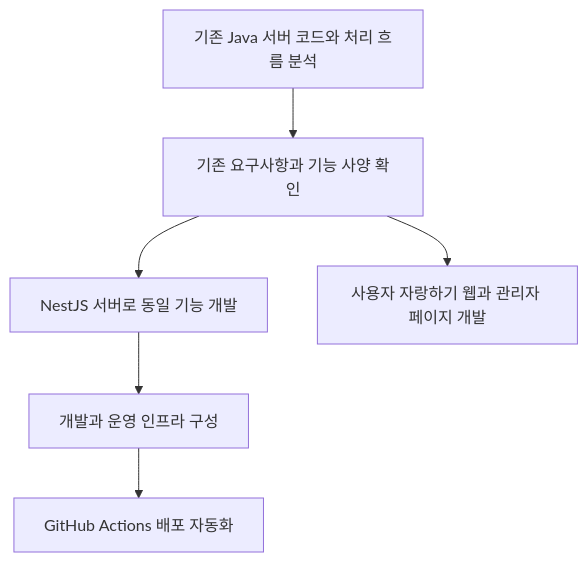
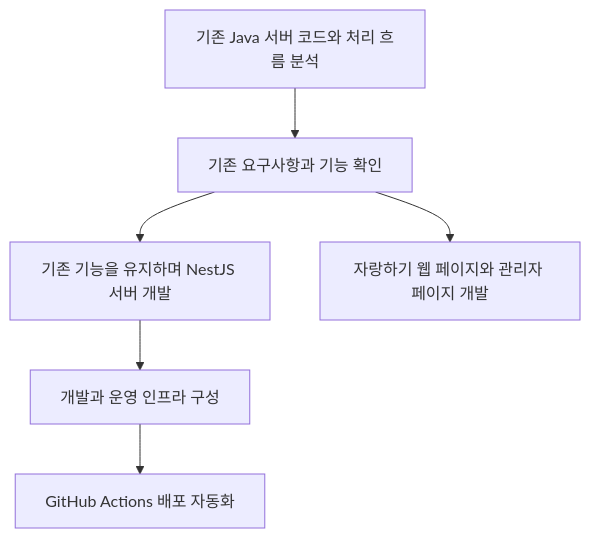
One commit to KimHG1995/work-history changed the first of 2 diagrams in projects/education-services/art-service-renewal.md. Above: the diagram before and after it, drawn with Mermaid. The commit also changed other lines of this file and 4 other files, not shown here.

````diff
--- a/projects/education-services/art-service-renewal.md
+++ b/projects/education-services/art-service-renewal.md
@@ -57,8 +57,8 @@
 ```mermaid
 flowchart TD
-    analyze["기존 Java 서버 코드와 처리 흐름 분석"] --> spec["기존 요구사항과 기능 사양 확인"]
-    spec --> server["NestJS 서버로 동일 기능 개발"]
-    spec --> web["사용자 자랑하기 웹과 관리자 페이지 개발"]
+    analyze["기존 Java 서버 코드와 처리 흐름 분석"] --> spec["기존 요구사항과 기능 확인"]
+    spec --> server["기존 기능을 유지하며 NestJS 서버 개발"]
+    spec --> web["자랑하기 웹 페이지와 관리자 페이지 개발"]
     server --> infra["개발과 운영 인프라 구성"]
     infra --> deploy["GitHub Actions 배포 자동화"]
 ```
````
